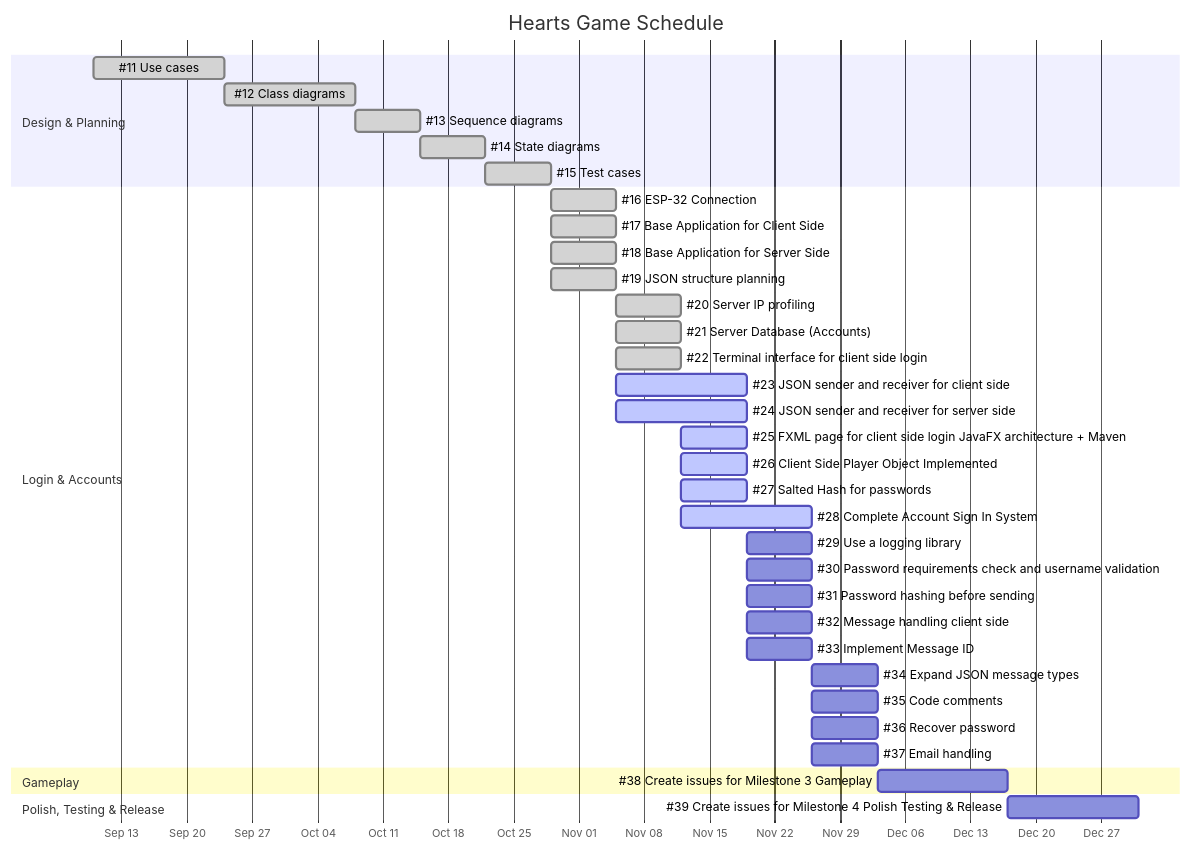
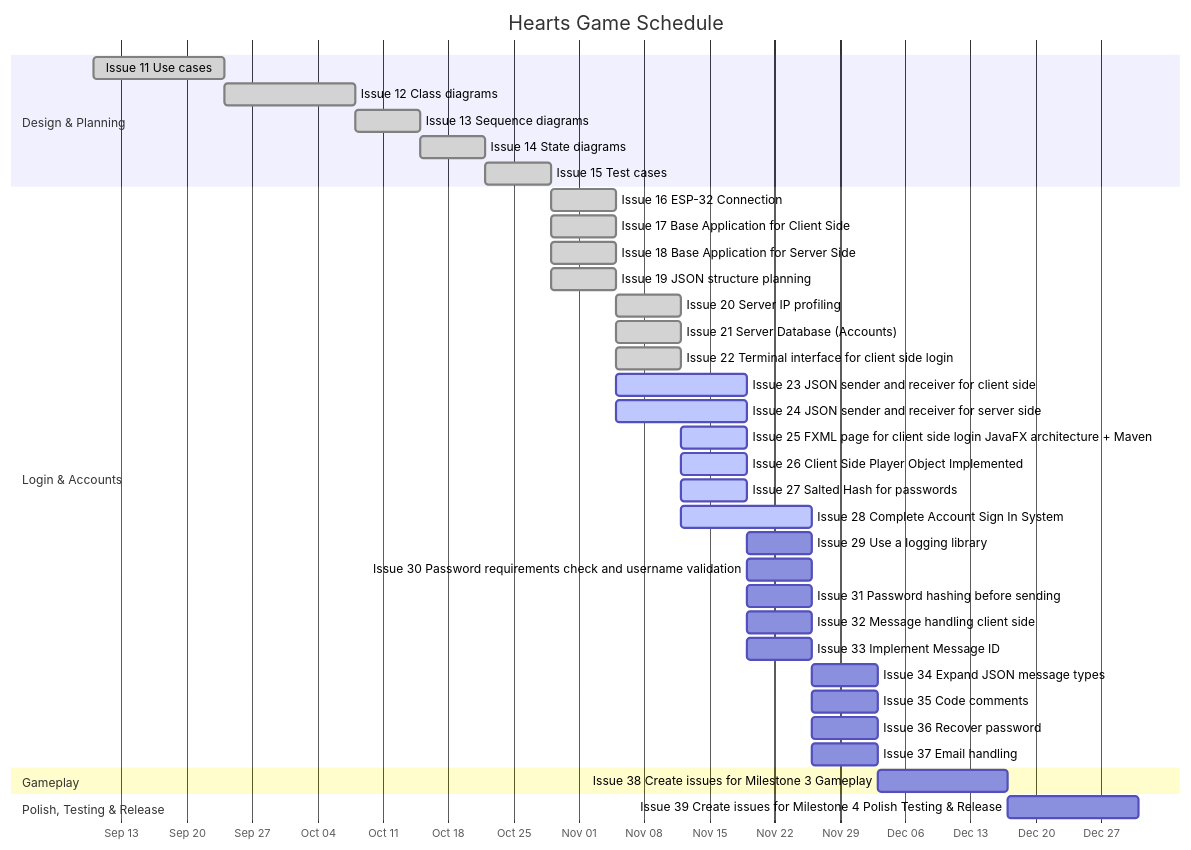
The diagram in README.md (Khusanjon-B/CSC335-HeartsGame), drawn with Mermaid before and after one commit.

Commit message:
Fix Mermaid Gantt task labels

````diff
--- a/README.md
+++ b/README.md
@@ -29,40 +29,40 @@
 ```mermaid
 gantt
     title Hearts Game Schedule
     dateFormat YYYY-MM-DD
     axisFormat %b %d
     todayMarker on
     section Design & Planning
-    #11 Use cases :done, 2026-09-10, 14d
-    #12 Class diagrams :done, 2026-09-24, 14d
-    #13 Sequence diagrams :done, 2026-10-08, 7d
-    #14 State diagrams :done, 2026-10-15, 7d
-    #15 Test cases :done, 2026-10-22, 7d
+    Issue 11 Use cases :done, 2026-09-10, 14d
+    Issue 12 Class diagrams :done, 2026-09-24, 14d
+    Issue 13 Sequence diagrams :done, 2026-10-08, 7d
+    Issue 14 State diagrams :done, 2026-10-15, 7d
+    Issue 15 Test cases :done, 2026-10-22, 7d
     section Login & Accounts
-    #16 ESP-32 Connection :done, 2026-10-29, 7d
-    #17 Base Application for Client Side :done, 2026-10-29, 7d
-    #18 Base Application for Server Side :done, 2026-10-29, 7d
-    #19 JSON structure planning :done, 2026-10-29, 7d
-    #20 Server IP profiling :done, 2026-11-05, 7d
-    #21 Server Database (Accounts) :done, 2026-11-05, 7d
-    #22 Terminal interface for client side login :done, 2026-11-05, 7d
-    #23 JSON sender and receiver for client side :active, 2026-11-05, 14d
-    #24 JSON sender and receiver for server side :active, 2026-11-05, 14d
-    #25 FXML page for client side login JavaFX architecture + Maven :active, 2026-11-12, 7d
-    #26 Client Side Player Object Implemented :active, 2026-11-12, 7d
-    #27 Salted Hash for passwords :active, 2026-11-12, 7d
-    #28 Complete Account Sign In System :active, 2026-11-12, 14d
-    #29 Use a logging library :2026-11-19, 7d
-    #30 Password requirements check and username validation :2026-11-19, 7d
-    #31 Password hashing before sending :2026-11-19, 7d
-    #32 Message handling client side :2026-11-19, 7d
-    #33 Implement Message ID :2026-11-19, 7d
-    #34 Expand JSON message types :2026-11-26, 7d
-    #35 Code comments :2026-11-26, 7d
-    #36 Recover password :2026-11-26, 7d
-    #37 Email handling :2026-11-26, 7d
+    Issue 16 ESP-32 Connection :done, 2026-10-29, 7d
+    Issue 17 Base Application for Client Side :done, 2026-10-29, 7d
+    Issue 18 Base Application for Server Side :done, 2026-10-29, 7d
+    Issue 19 JSON structure planning :done, 2026-10-29, 7d
+    Issue 20 Server IP profiling :done, 2026-11-05, 7d
+    Issue 21 Server Database (Accounts) :done, 2026-11-05, 7d
+    Issue 22 Terminal interface for client side login :done, 2026-11-05, 7d
+    Issue 23 JSON sender and receiver for client side :active, 2026-11-05, 14d
+    Issue 24 JSON sender and receiver for server side :active, 2026-11-05, 14d
+    Issue 25 FXML page for client side login JavaFX architecture + Maven :active, 2026-11-12, 7d
+    Issue 26 Client Side Player Object Implemented :active, 2026-11-12, 7d
+    Issue 27 Salted Hash for passwords :active, 2026-11-12, 7d
+    Issue 28 Complete Account Sign In System :active, 2026-11-12, 14d
+    Issue 29 Use a logging library :2026-11-19, 7d
+    Issue 30 Password requirements check and username validation :2026-11-19, 7d
+    Issue 31 Password hashing before sending :2026-11-19, 7d
+    Issue 32 Message handling client side :2026-11-19, 7d
+    Issue 33 Implement Message ID :2026-11-19, 7d
+    Issue 34 Expand JSON message types :2026-11-26, 7d
+    Issue 35 Code comments :2026-11-26, 7d
+    Issue 36 Recover password :2026-11-26, 7d
+    Issue 37 Email handling :2026-11-26, 7d
     section Gameplay
-    #38 Create issues for Milestone 3 Gameplay :2026-12-03, 14d
+    Issue 38 Create issues for Milestone 3 Gameplay :2026-12-03, 14d
     section Polish, Testing & Release
-    #39 Create issues for Milestone 4 Polish Testing & Release :2026-12-17, 14d
+    Issue 39 Create issues for Milestone 4 Polish Testing & Release :2026-12-17, 14d
 ```
````
